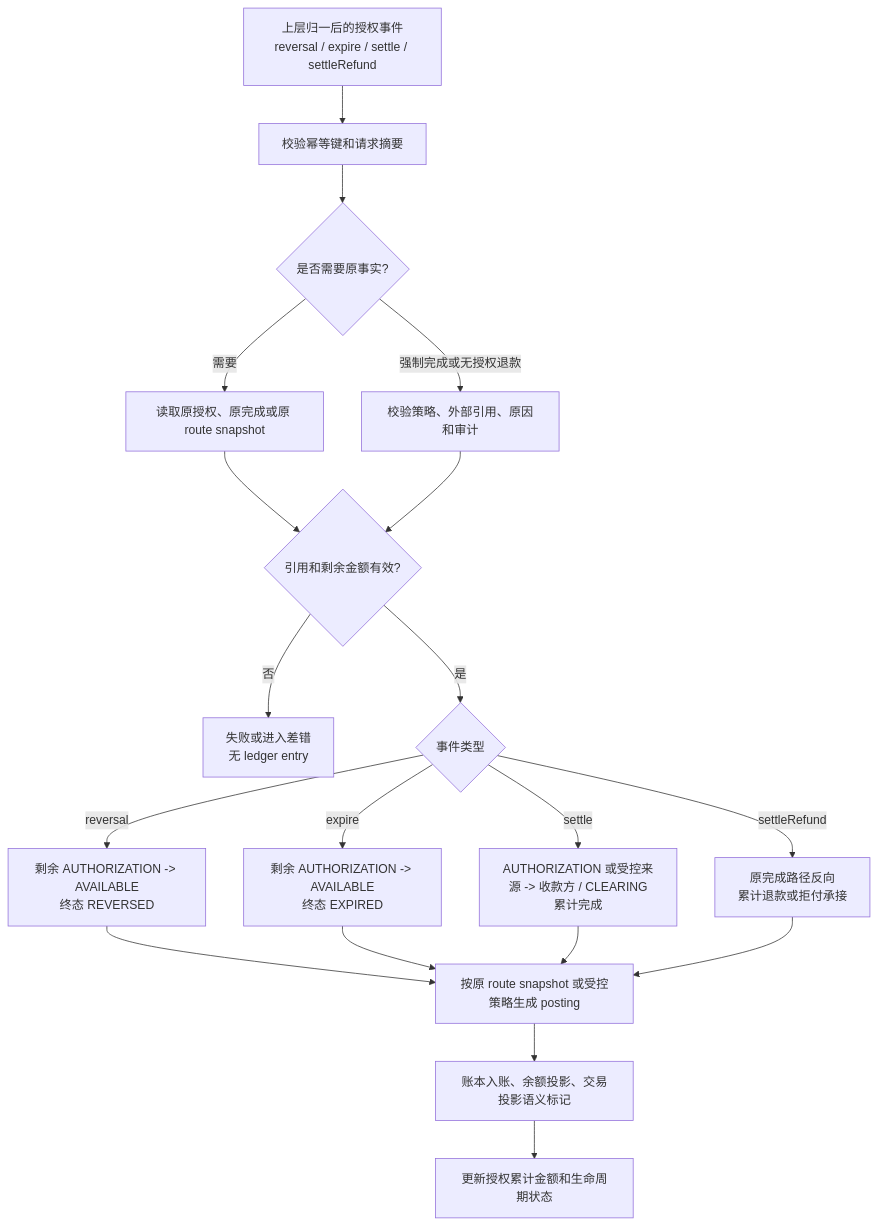
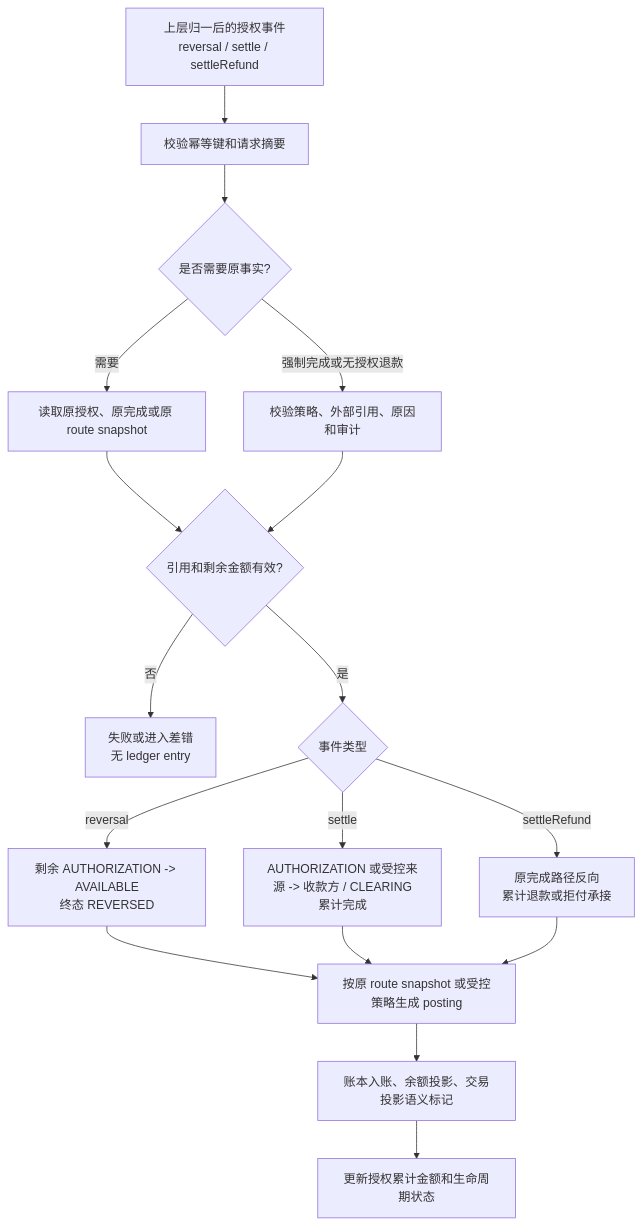
Before and after one commit to fengwuxp/wind-funds: the fourth of 18 diagrams in docs/系分设计/02-交易路由钱包账目与投影系分设计.md, drawn with Mermaid. The commit also changed other lines of this file and 91 other files, not shown here.

````diff
--- a/docs/系分设计/02-交易路由钱包账目与投影系分设计.md
+++ b/docs/系分设计/02-交易路由钱包账目与投影系分设计.md
@@ -274,21 +274,19 @@
 ```mermaid
 flowchart TD
-    A["上层归一后的授权事件\nreversal / expire / settle / settleRefund"] --> B["校验幂等键和请求摘要"]
+    A["上层归一后的授权事件\nreversal / settle / settleRefund"] --> B["校验幂等键和请求摘要"]
     B --> C{"是否需要原事实?"}
     C -- "需要" --> D["读取原授权、原完成或原 route snapshot"]
     C -- "强制完成或无授权退款" --> E["校验策略、外部引用、原因和审计"]
     D --> F{"引用和剩余金额有效?"}
     E --> F
     F -- "否" --> G["失败或进入差错\n无 ledger entry"]
     F -- "是" --> H{"事件类型"}
     H -- "reversal" --> I["剩余 AUTHORIZATION -> AVAILABLE\n终态 REVERSED"]
-    H -- "expire" --> J["剩余 AUTHORIZATION -> AVAILABLE\n终态 EXPIRED"]
     H -- "settle" --> K["AUTHORIZATION 或受控来源 -> 收款方 / CLEARING\n累计完成"]
     H -- "settleRefund" --> L["原完成路径反向\n累计退款或拒付承接"]
     I --> M["按原 route snapshot 或受控策略生成 posting"]
-    J --> M
     K --> M
     L --> M
     M --> N["账本入账、余额投影、交易投影语义标记"]
     N --> O["更新授权累计金额和生命周期状态"]
 ```
````
